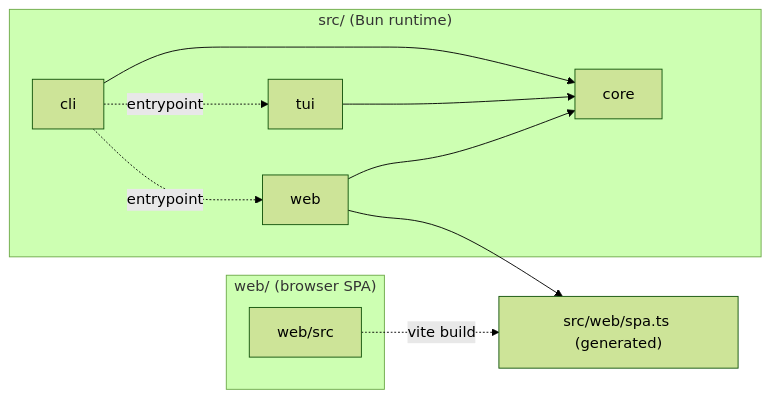
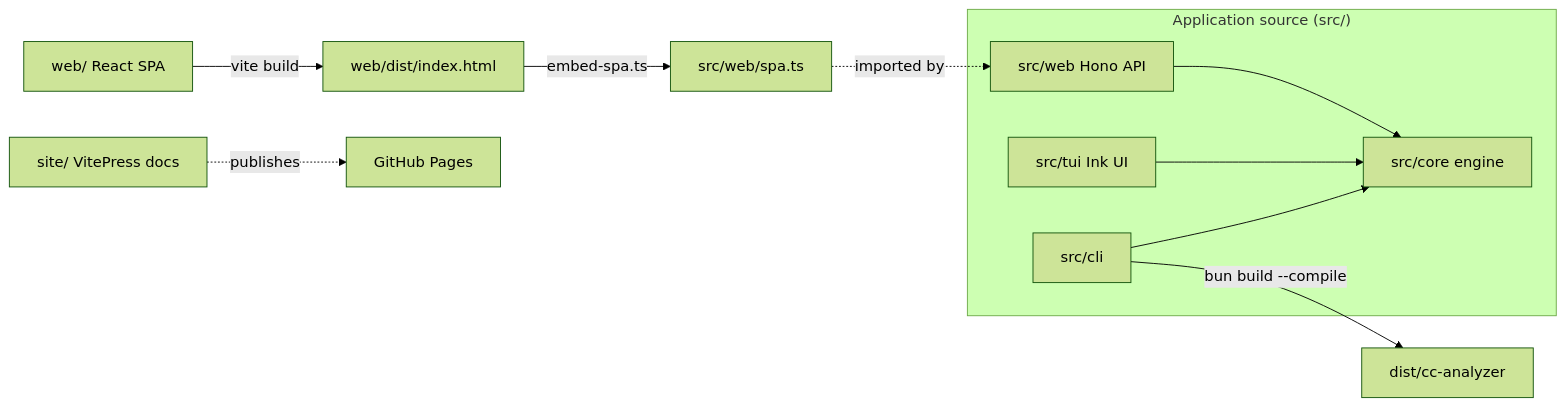
The first of 2 diagrams in wiki/1-repository-structure.md (yorch/cc-analyzer), drawn with Mermaid (forest theme) before and after one commit. The commit also changed other lines of this file and 16 other files, not shown here.

````diff
--- a/wiki/1-repository-structure.md
+++ b/wiki/1-repository-structure.md
@@ -27,19 +29,20 @@
 ```mermaid
 flowchart LR
-    subgraph srcTree["src/ (Bun runtime)"]
-        core[core]
-        cli[cli]
-        tui[tui]
-        webmod[web]
+    subgraph app["Application source (src/)"]
+        Core[src/core engine]
+        CLI[src/cli]
+        TUI[src/tui Ink UI]
+        WebSrv[src/web Hono API]
     end
-    subgraph webTree["web/ (browser SPA)"]
-        websrc[web/src]
-    end
-    cli --> core
-    tui --> core
-    webmod --> core
-    cli -.entrypoint.-> tui
-    cli -.entrypoint.-> webmod
-    websrc -.vite build.-> spa["src/web/spa.ts (generated)"]
-    webmod --> spa
+
+    SPA[web/ React SPA] -->|vite build| DistHtml[web/dist/index.html]
+    DistHtml -->|embed-spa.ts| SpaTs[src/web/spa.ts]
+    SpaTs -.imported by.-> WebSrv
+
+    CLI --> Core
+    TUI --> Core
+    WebSrv --> Core
+
+    CLI -->|bun build --compile| Binary[dist/cc-analyzer]
+    Site[site/ VitePress docs] -.publishes.-> Pages[GitHub Pages]
 ```
````
